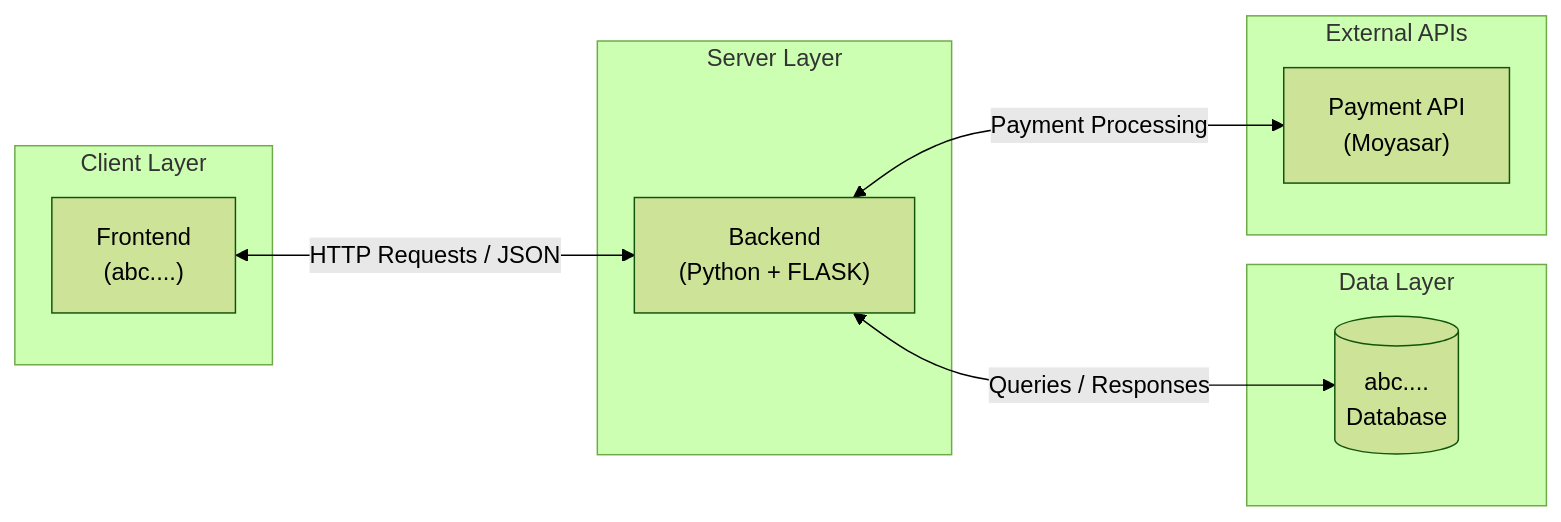
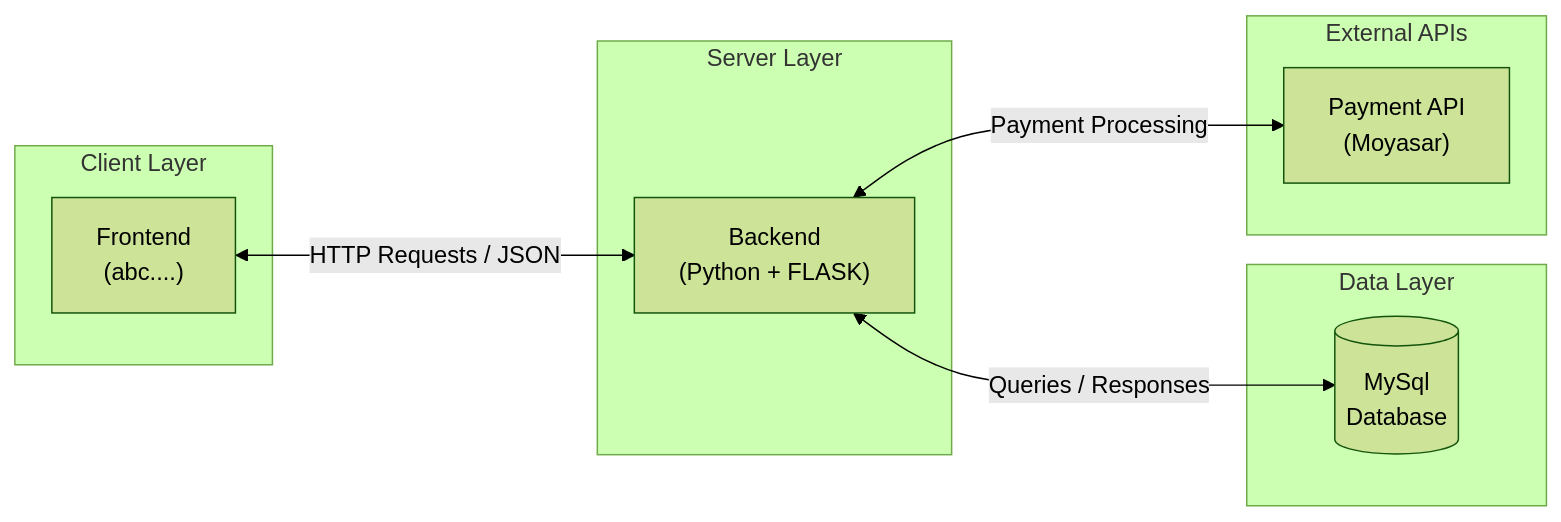
One commit to aziz5g-tech/holbertonschool-portfolio-project changed the first of 2 diagrams in Stage 3/high-level architecture diagram .md. Above: the diagram before and after it, drawn with Mermaid (forest theme).

Commit message:
Update database name in architecture diagram

````diff
--- a/Stage 3/high-level architecture diagram .md
+++ b/Stage 3/high-level architecture diagram .md
@@ -4,22 +4,22 @@
 ```mermaid
 flowchart LR
     subgraph Client["Client Layer"]
         FE["Frontend<br/>(abc....)"]
     end
 
     subgraph Server["Server Layer"]
         BE["Backend<br/>(Python + FLASK)"]
     end
 
     subgraph Data["Data Layer"]
-        DB[(abc....<br/>Database)]
+        DB[(MySql<br/>Database)]
     end
 
     subgraph External["External APIs"]
         MOYASAR["Payment API<br/>(Moyasar)"]
     end
 
     FE <-->|"HTTP Requests / JSON"| BE
     BE <-->|"Queries / Responses"| DB
     BE <-->|"Payment Processing"| MOYASAR
 ```
````
